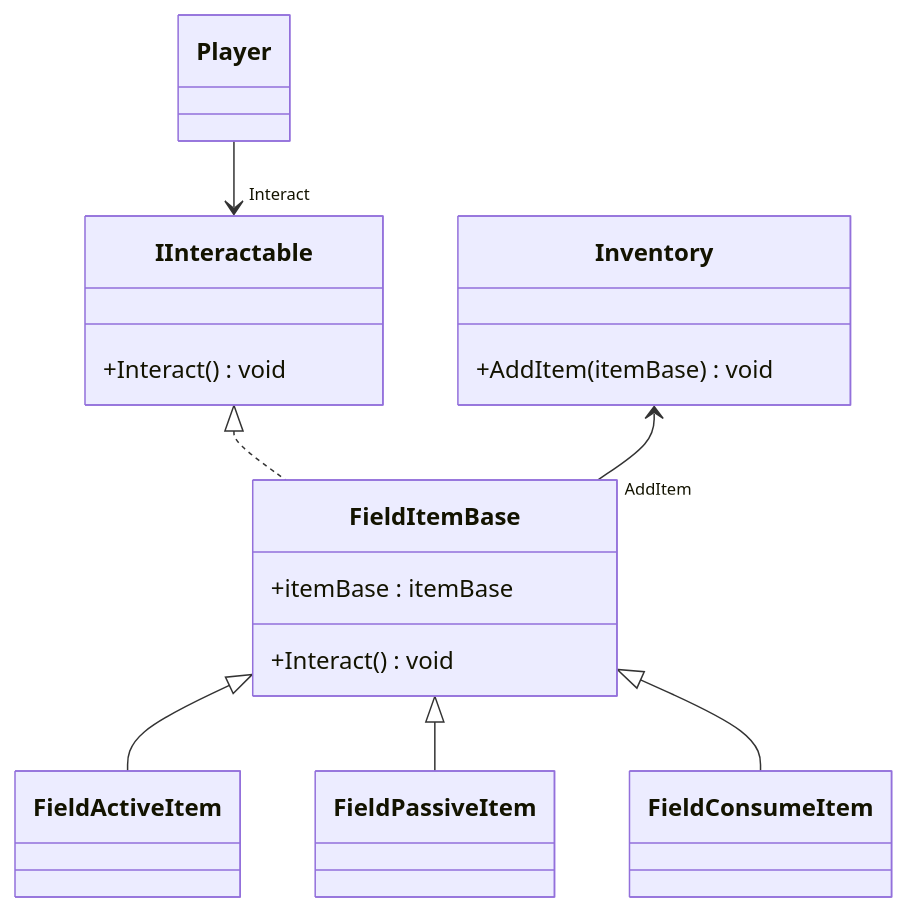
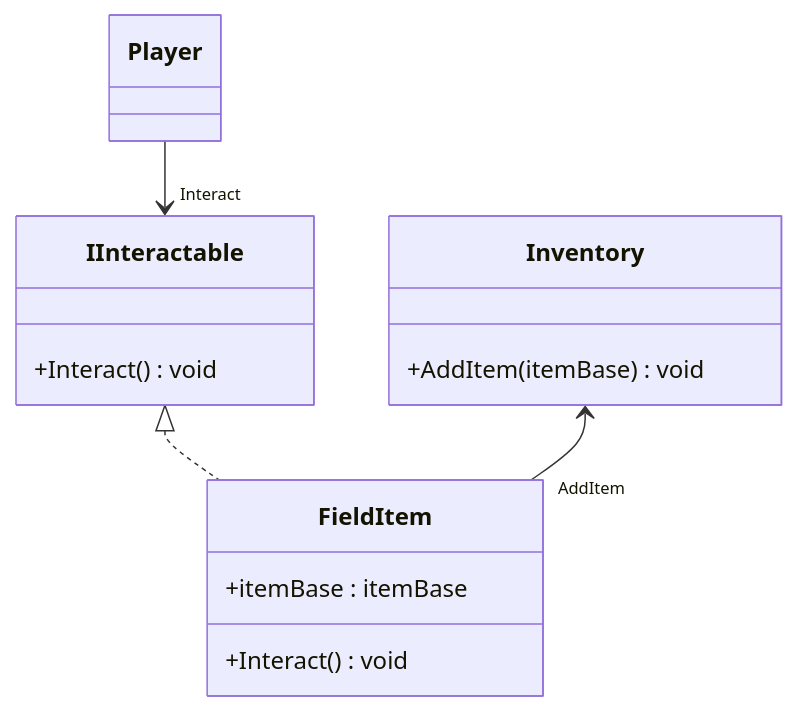
The third of 3 diagrams in Assets/_README/Inventory_Spec.md (JIN5EOK/DungeonShooter), drawn with Mermaid before and after one commit. The commit also changed other lines of this file, not shown here.

````diff
--- a/Assets/_README/Inventory_Spec.md
+++ b/Assets/_README/Inventory_Spec.md
@@ -97,22 +95,19 @@
 ```mermaid
 classDiagram
     Player --> "Interact" IInteractable
-    IInteractable <|.. FieldItemBase
-    Inventory <-- "AddItem" FieldItemBase
+    IInteractable <|.. FieldItem
+    Inventory <-- "AddItem" FieldItem
 
-    FieldItemBase <|-- FieldActiveItem
-    FieldItemBase <|-- FieldPassiveItem
-    FieldItemBase <|-- FieldConsumeItem
     class Inventory{
         +AddItem(itemBase) void
     }
 
     class IInteractable{
         +Interact() void
     }
 
-    class FieldItemBase{
+    class FieldItem{
         +itemBase : itemBase
         +Interact() void
     }
 ```
````
